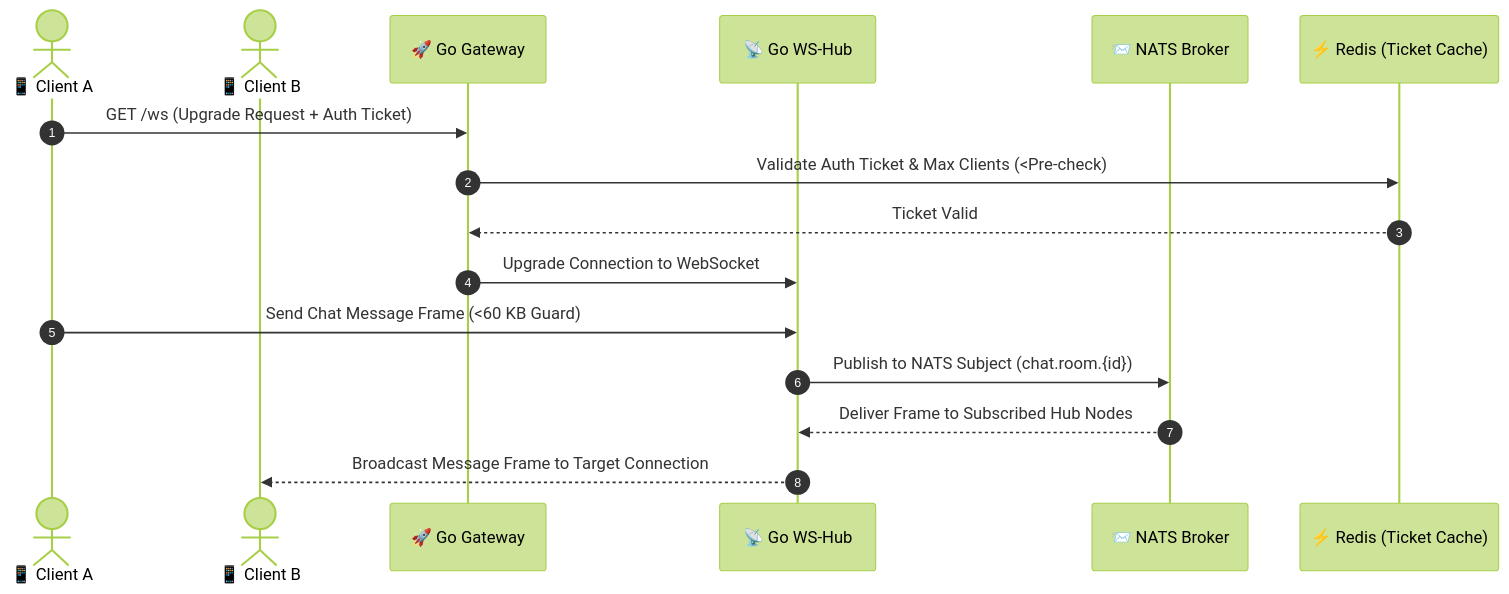
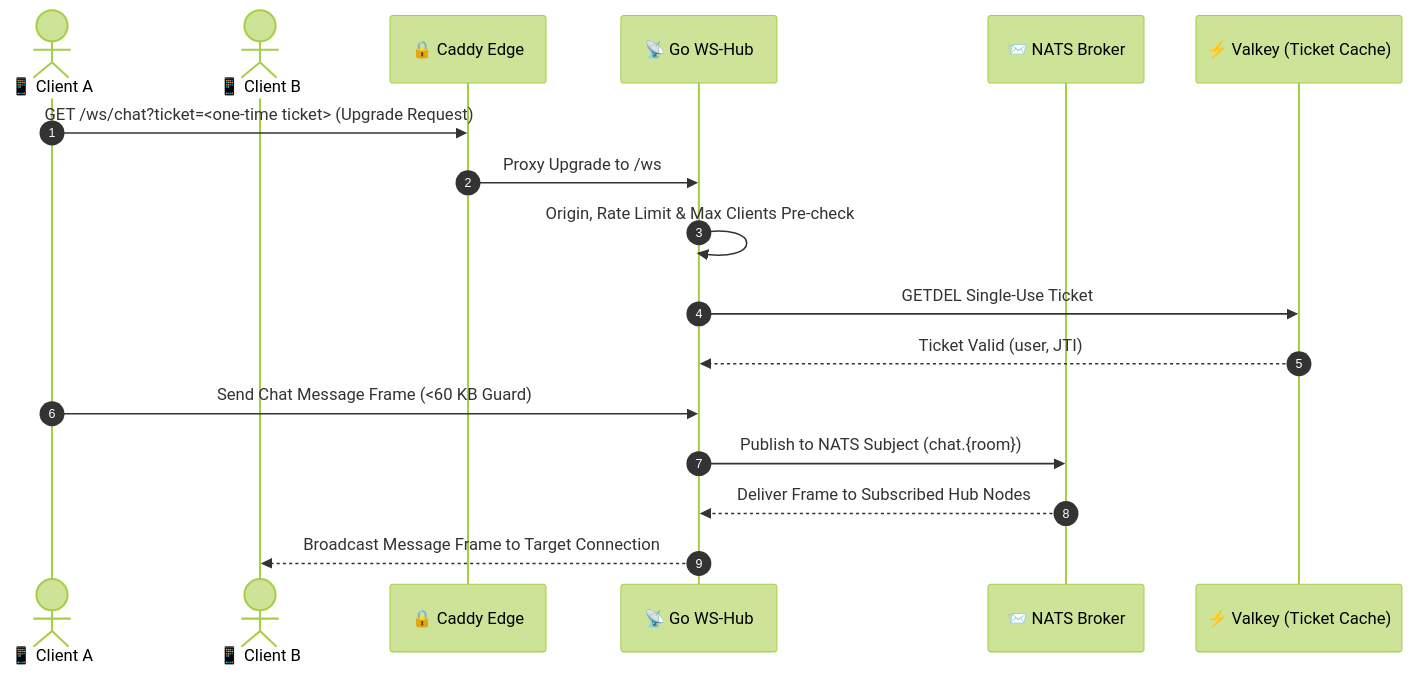
One commit to egorribun/university_ecosystem changed the third of 3 diagrams in README.md. Above: the diagram before and after it, drawn with Mermaid (forest theme). The commit also changed other lines of this file and 2097 other files, not shown here.

````diff
--- a/README.md
+++ b/README.md
@@ -171,19 +175,20 @@
 ```mermaid
 sequenceDiagram
     autonumber
     actor ClientA as 📱 Client A
     actor ClientB as 📱 Client B
-    participant Gateway as 🚀 Go Gateway
+    participant Caddy as 🔒 Caddy Edge
     participant WSHub as 📡 Go WS-Hub
     participant NATS as 📨 NATS Broker
-    participant Redis as ⚡ Redis (Ticket Cache)
+    participant Redis as ⚡ Valkey (Ticket Cache)
 
-    ClientA->>Gateway: GET /ws (Upgrade Request + Auth Ticket)
-    Gateway->>Redis: Validate Auth Ticket & Max Clients (<Pre-check)
-    Redis-->>Gateway: Ticket Valid
-    Gateway->>WSHub: Upgrade Connection to WebSocket
+    ClientA->>Caddy: GET /ws/chat?ticket=<one-time ticket> (Upgrade Request)
+    Caddy->>WSHub: Proxy Upgrade to /ws
+    WSHub->>WSHub: Origin, Rate Limit & Max Clients Pre-check
+    WSHub->>Redis: GETDEL Single-Use Ticket
+    Redis-->>WSHub: Ticket Valid (user, JTI)
     ClientA->>WSHub: Send Chat Message Frame (<60 KB Guard)
-    WSHub->>NATS: Publish to NATS Subject (chat.room.{id})
+    WSHub->>NATS: Publish to NATS Subject (chat.{room})
     NATS-->>WSHub: Deliver Frame to Subscribed Hub Nodes
     WSHub-->>ClientB: Broadcast Message Frame to Target Connection
 ```
````
